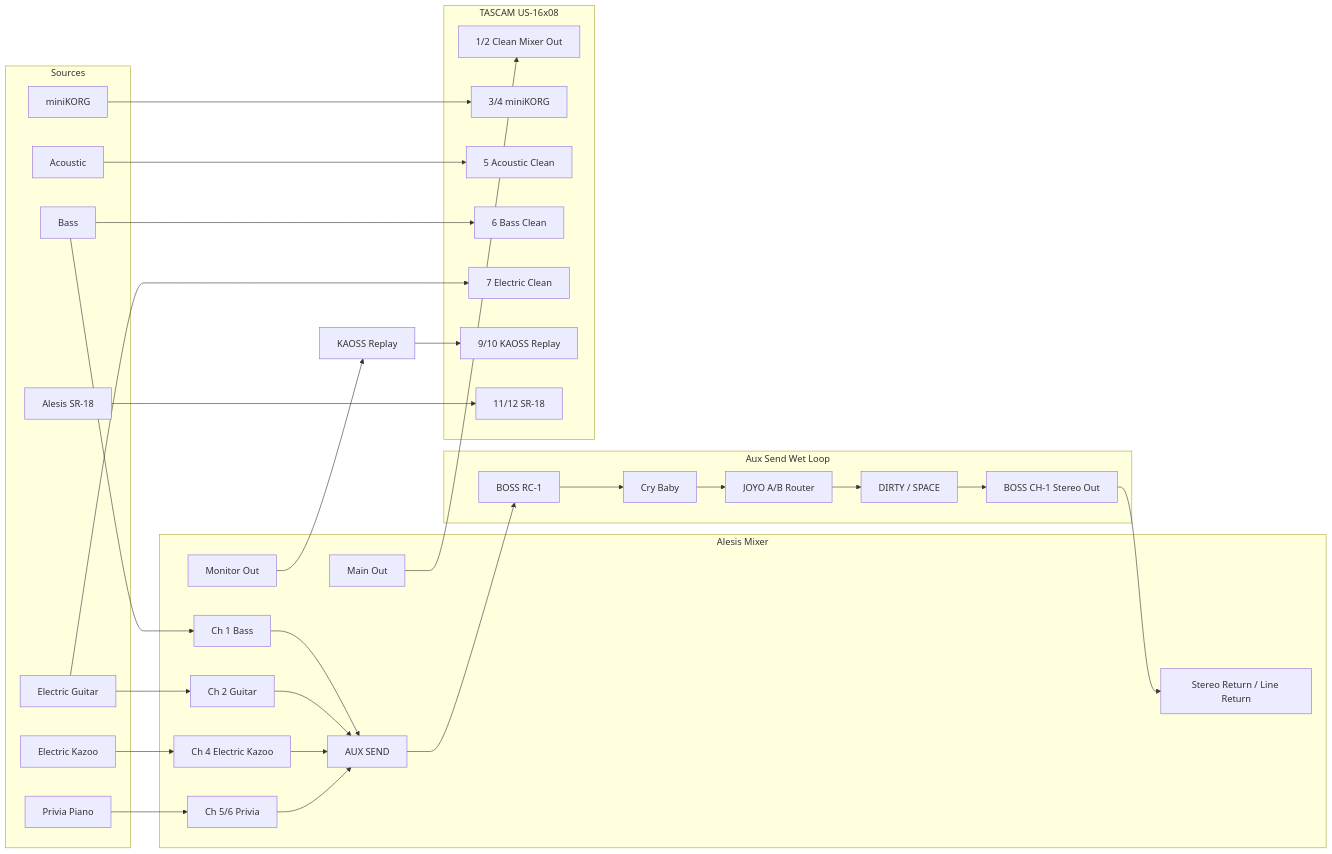
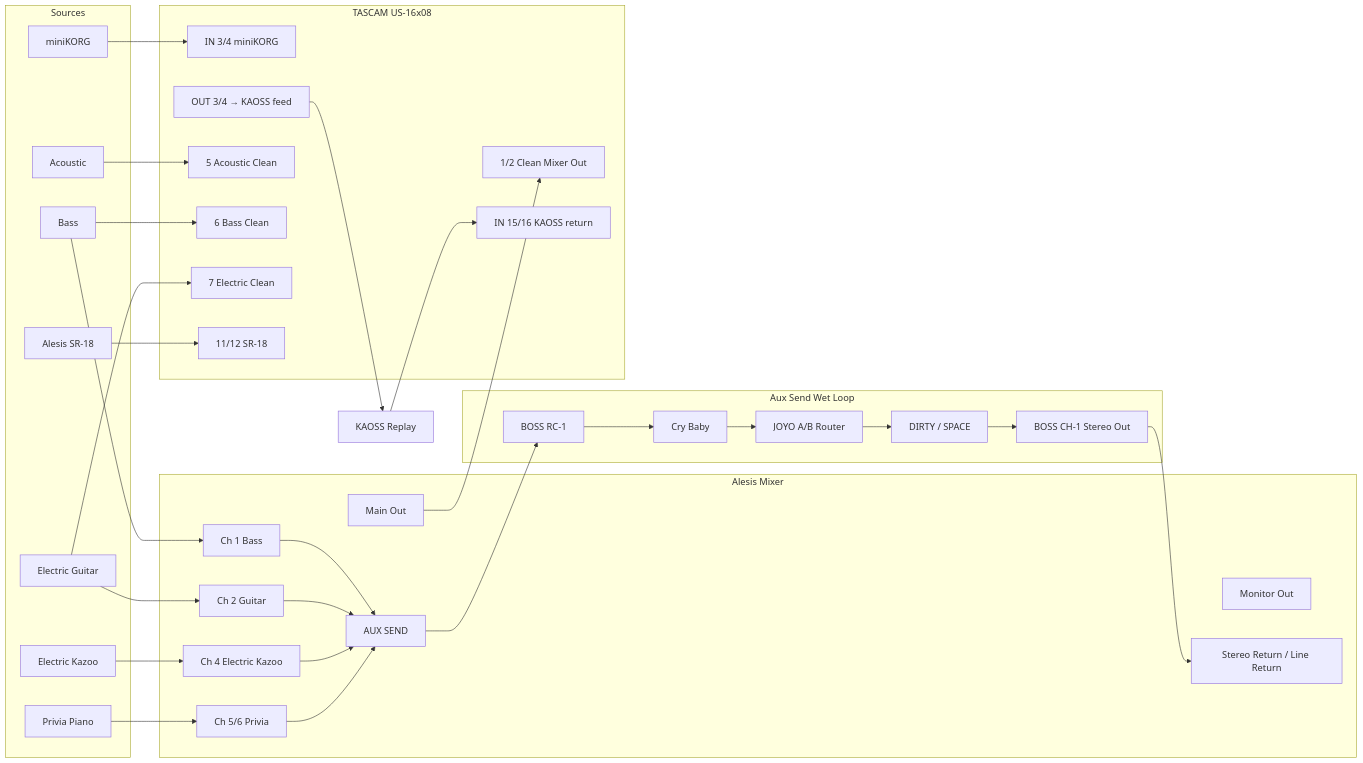
Before and after one commit to sempervent/music-rig: the diagram in README.md, drawn with Mermaid. The commit also changed other lines of this file and 209 other files, not shown here.

````diff
--- a/README.md
+++ b/README.md
@@ -21,58 +21,59 @@
 ```mermaid
 flowchart LR
   subgraph Sources
     Acoustic[Acoustic]
     Bass[Bass]
     Electric[Electric Guitar]
     Kazoo[Electric Kazoo]
     Privia[Privia Piano]
     MiniKORG[miniKORG]
     SR18[Alesis SR-18]
   end
 
   subgraph Mixer[Alesis Mixer]
     A1[Ch 1 Bass]
     A2[Ch 2 Guitar]
     A4[Ch 4 Electric Kazoo]
     A56[Ch 5/6 Privia]
     Aux[AUX SEND]
     Main[Main Out]
     Monitor[Monitor Out]
     Return[Stereo Return / Line Return]
   end
 
   subgraph WetLoop[Aux Send Wet Loop]
     RC1[BOSS RC-1]
     CryBaby[Cry Baby]
     JOYO[JOYO A/B Router]
     Pedals[DIRTY / SPACE]
     CH1[BOSS CH-1 Stereo Out]
   end
 
   subgraph Recorder[TASCAM US-16x08]
     T12[1/2 Clean Mixer Out]
-    T34[3/4 miniKORG]
+    T34in[IN 3/4 miniKORG]
+    T34out[OUT 3/4 → KAOSS feed]
     T5[5 Acoustic Clean]
     T6[6 Bass Clean]
     T7[7 Electric Clean]
-    T910[9/10 KAOSS Replay]
+    T1516[IN 15/16 KAOSS return]
     T1112[11/12 SR-18]
   end
 
   Bass --> A1
   Electric --> A2
   Kazoo --> A4
   Privia --> A56
-  MiniKORG --> T34
+  MiniKORG --> T34in
   SR18 --> T1112
   Acoustic --> T5
   Bass --> T6
   Electric --> T7
   A1 --> Aux
   A2 --> Aux
   A4 --> Aux
   A56 --> Aux
   Aux --> RC1 --> CryBaby --> JOYO --> Pedals --> CH1 --> Return
   Main --> T12
-  Monitor --> KAOSS[KAOSS Replay] --> T910
+  T34out --> KAOSS[KAOSS Replay] --> T1516
 ```
````
